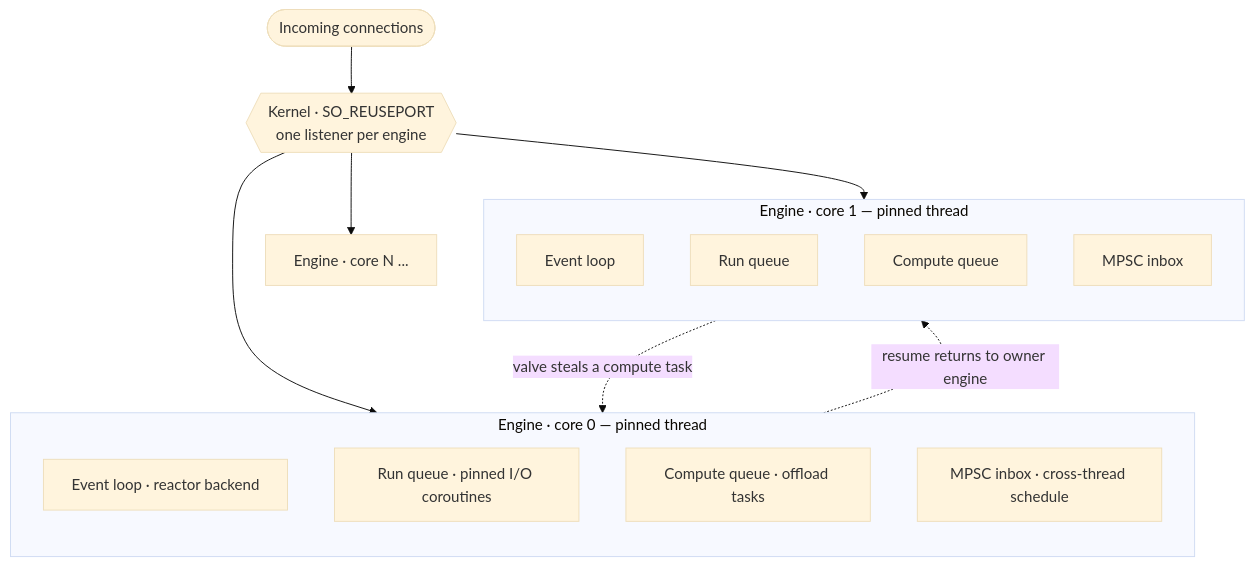
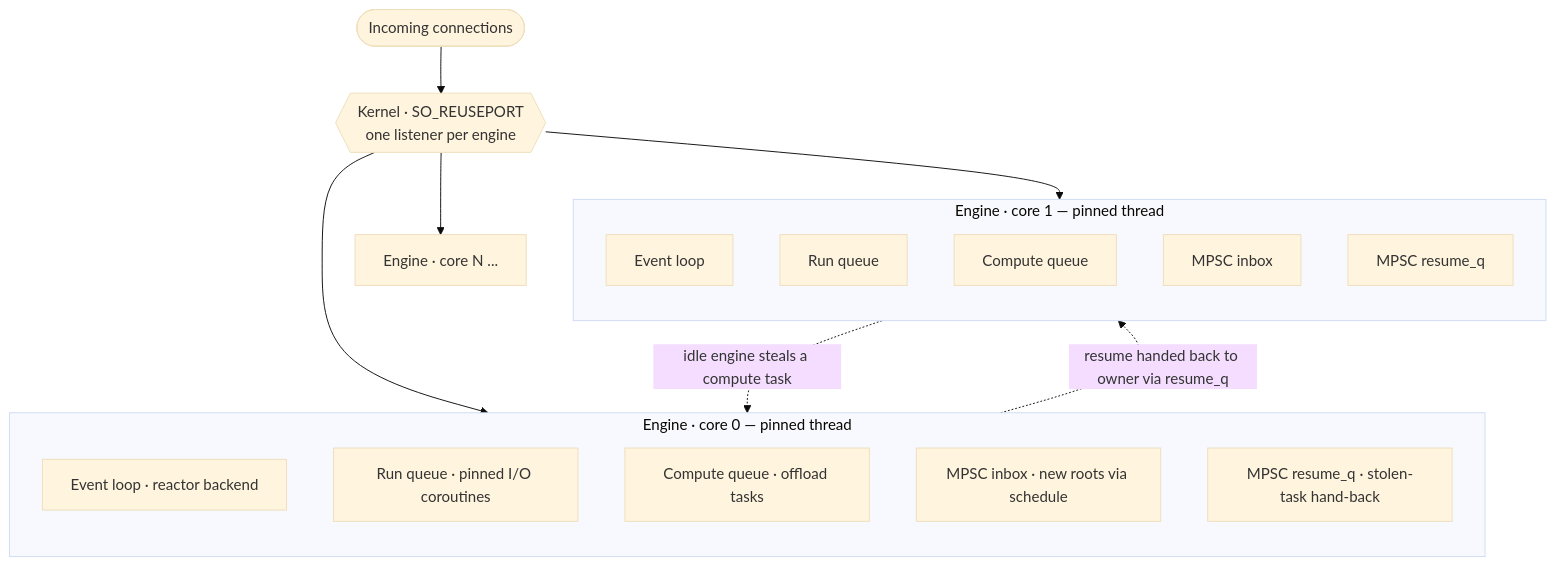
One commit to kaushikchaturvedula/swiftnet changed the second of 2 diagrams in README.md. Above: the diagram before and after it, drawn with Mermaid (base theme). The commit also changed 1 other file, not shown here.

Commit message:
fix(docs): correct the architecture diagram's resume hand-back edge
The per-core architecture diagram (README + docs/architecture/overview.md) drew the stolen-task
resume as a direct write into the owning engine's run queue (CQ0 -> RQ1), which would violate the
shared-nothing / no-cross-engine-write guarantee the docs describe.

Verified against src/vthread_scheduler.cpp: a thief that runs a stolen compute task hands the
connection back via the owner's dedicated lock-free resume_q (owner->resume_q.push(h) + wake(),
cpp:546-548), which the owner drains and resumes on its own thread (drain_resume, cpp:460). This is
a SEPARATE channel from the inbox (which carries new roots via schedule(), hpp:142). The steal edge
is correct: the idle thief pulls the busy victim's compute_q.back() (cpp:487-488).

Fix (identical in both copies): add the resume_q node (RS0/RS1) and retarget the resume edge to the
owner's resume_q instead of its run queue; relabel the inbox as the schedule() channel. Also add a
resume_q row to the docs "what lives on each engine" table and a one-line prose tie-in.

````diff
--- a/README.md
+++ b/README.md
@@ -255,23 +255,25 @@
 ```mermaid
 flowchart TB
     NET([Incoming connections]) --> K{{Kernel · SO_REUSEPORT<br/>one listener per engine}}
     K --> E0
     K --> E1
     K --> EN[Engine · core N ...]
     subgraph E0 [Engine · core 0 — pinned thread]
         direction TB
         L0[Event loop · reactor backend]
         RQ0[Run queue · pinned I/O coroutines]
         CQ0[Compute queue · offload tasks]
-        IN0[MPSC inbox · cross-thread schedule]
+        IN0[MPSC inbox · new roots via schedule]
+        RS0[MPSC resume_q · stolen-task hand-back]
     end
     subgraph E1 [Engine · core 1 — pinned thread]
         direction TB
         L1[Event loop]
         RQ1[Run queue]
         CQ1[Compute queue]
         IN1[MPSC inbox]
+        RS1[MPSC resume_q]
     end
-    CQ1 -. valve steals a compute task .-> CQ0
-    CQ0 -. resume returns to owner engine .-> RQ1
+    CQ1 -. idle engine steals a compute task .-> CQ0
+    CQ0 -. resume handed back to owner via resume_q .-> RS1
 ```
````
